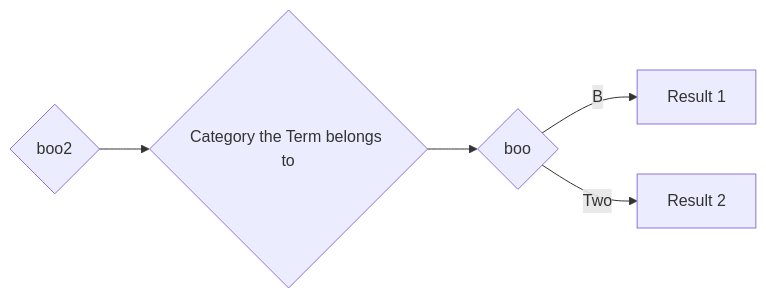
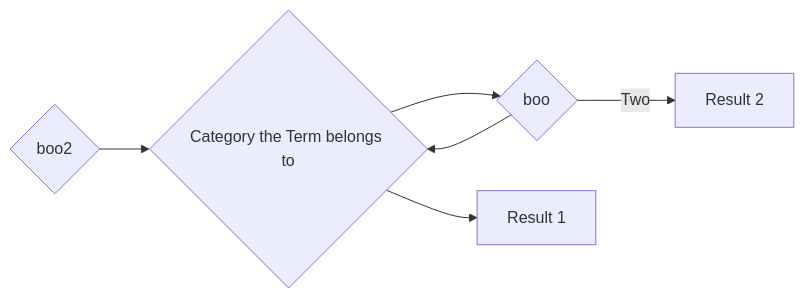
Before and after one commit to gerbssusd/dok: the diagram in slides.md, drawn with Mermaid.

````diff
--- a/slides.md
+++ b/slides.md
@@ -217,12 +217,12 @@
 ```mermaid {theme: 'neutral', scale: 0.8}
 graph LR
 A[Other Items in this category] --> B{Category the Term belongs to} 
-B--> C{boo}-- 
+B--> C{boo}--> 
 B --> D[Result 1]
 C -->|Two| E[Result 2]
 A{boo2}
 
 
 
 
 ```
````
